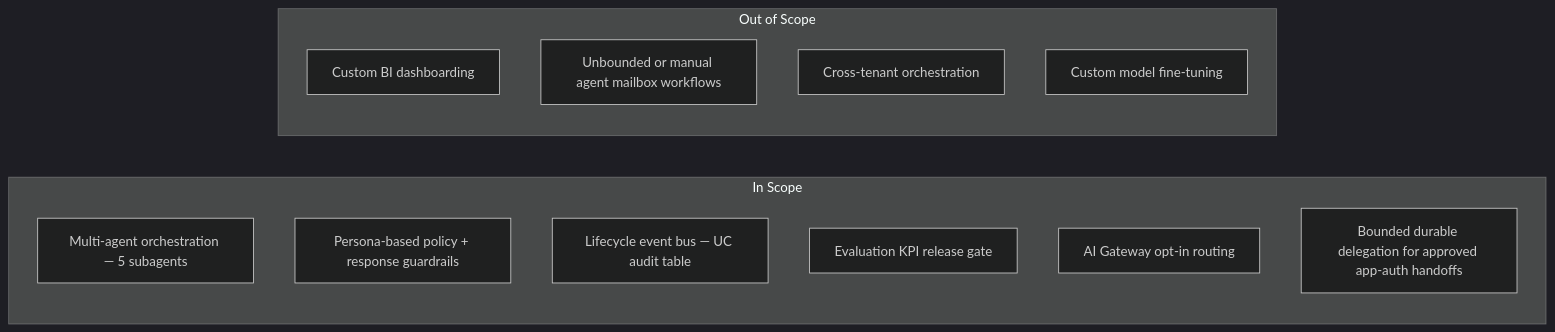
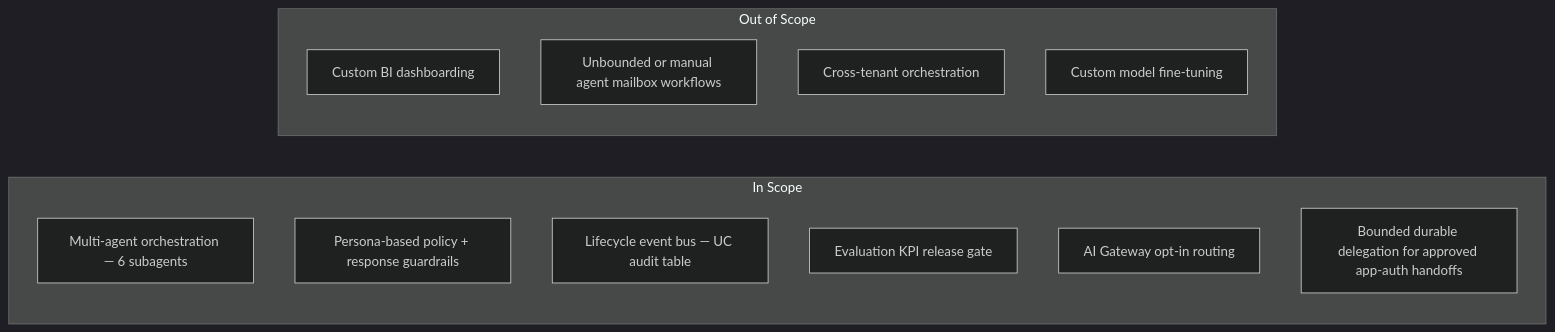
The first of 3 diagrams in docs/architecture/design-artifacts/02-concept-detailed.md (wchen-dea/Governed-Multi-Agent-Intelligence-on-Databricks), drawn with Mermaid (dark theme) before and after one commit. The commit also changed 6 other files, not shown here.

````diff
--- a/docs/architecture/design-artifacts/02-concept-detailed.md
+++ b/docs/architecture/design-artifacts/02-concept-detailed.md
@@ -7,18 +7,18 @@
 ```mermaid
 flowchart LR
     subgraph InScope[In Scope]
-        S1[Multi-agent orchestration — 5 subagents]
+        S1[Multi-agent orchestration — 6 subagents]
         S2[Persona-based policy + response guardrails]
         S3[Lifecycle event bus — UC audit table]
         S4[Evaluation KPI release gate]
         S5[AI Gateway opt-in routing]
         S6[Bounded durable delegation for approved app-auth handoffs]
     end
 
     subgraph OutScope[Out of Scope]
         O1[Custom BI dashboarding]
         O2[Unbounded or manual agent mailbox workflows]
         O3[Cross-tenant orchestration]
         O4[Custom model fine-tuning]
     end
 ```
````
